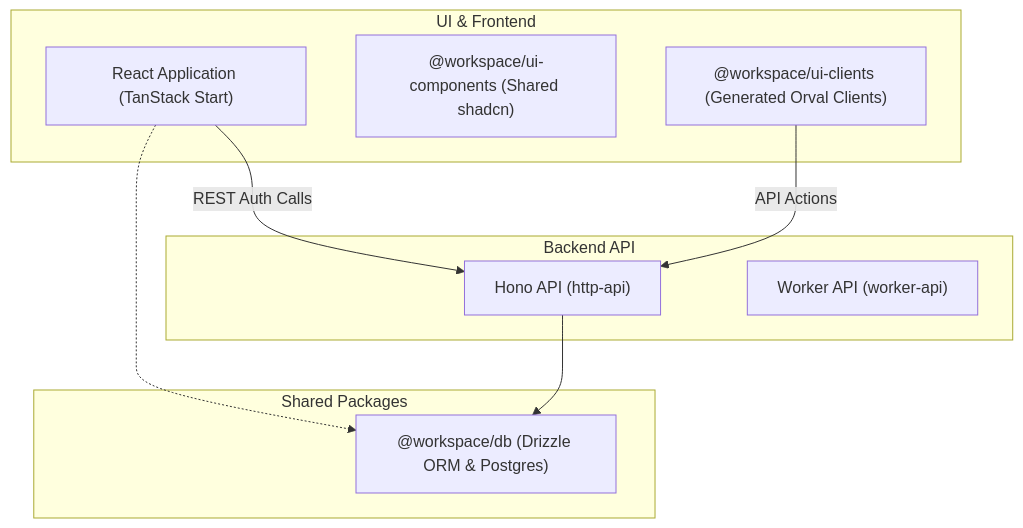
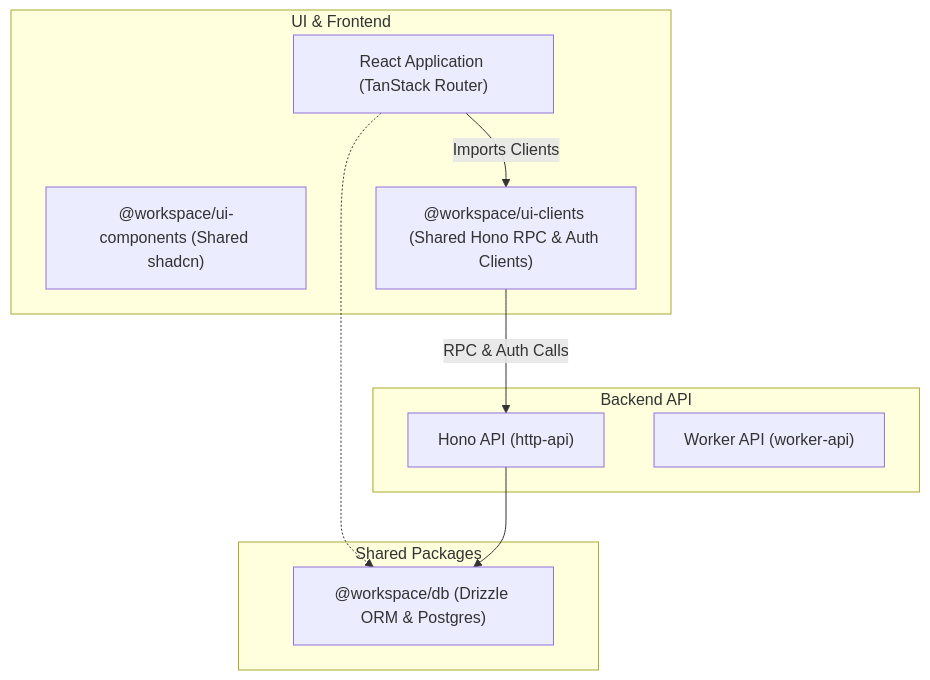
Before and after one commit to sahilmondal/react-hono-betterauth-monorepo: the diagram in README.md, drawn with Mermaid. The commit also changed other lines of this file and 67 other files, not shown here.

````diff
--- a/README.md
+++ b/README.md
@@ -25,22 +25,22 @@
 ```mermaid
 graph TD
   subgraph ui ["UI & Frontend"]
-    react-tanstack-template["React Application (TanStack Start)"]
+    react-tanstack-template["React Application (TanStack Router)"]
     ui-components["@workspace/ui-components (Shared shadcn)"]
-    ui-clients["@workspace/ui-clients (Generated Orval Clients)"]
+    ui-clients["@workspace/ui-clients (Shared Hono RPC & Auth Clients)"]
   end
 
   subgraph api ["Backend API"]
     http-api["Hono API (http-api)"]
     worker-api["Worker API (worker-api)"]
   end
 
   subgraph packages ["Shared Packages"]
     db["@workspace/db (Drizzle ORM & Postgres)"]
   end
 
   react-tanstack-template -.-> db
   http-api --> db
-  react-tanstack-template -->|REST Auth Calls| http-api
-  ui-clients -->|API Actions| http-api
+  ui-clients -->|RPC & Auth Calls| http-api
+  react-tanstack-template -->|Imports Clients| ui-clients
 ```
````
